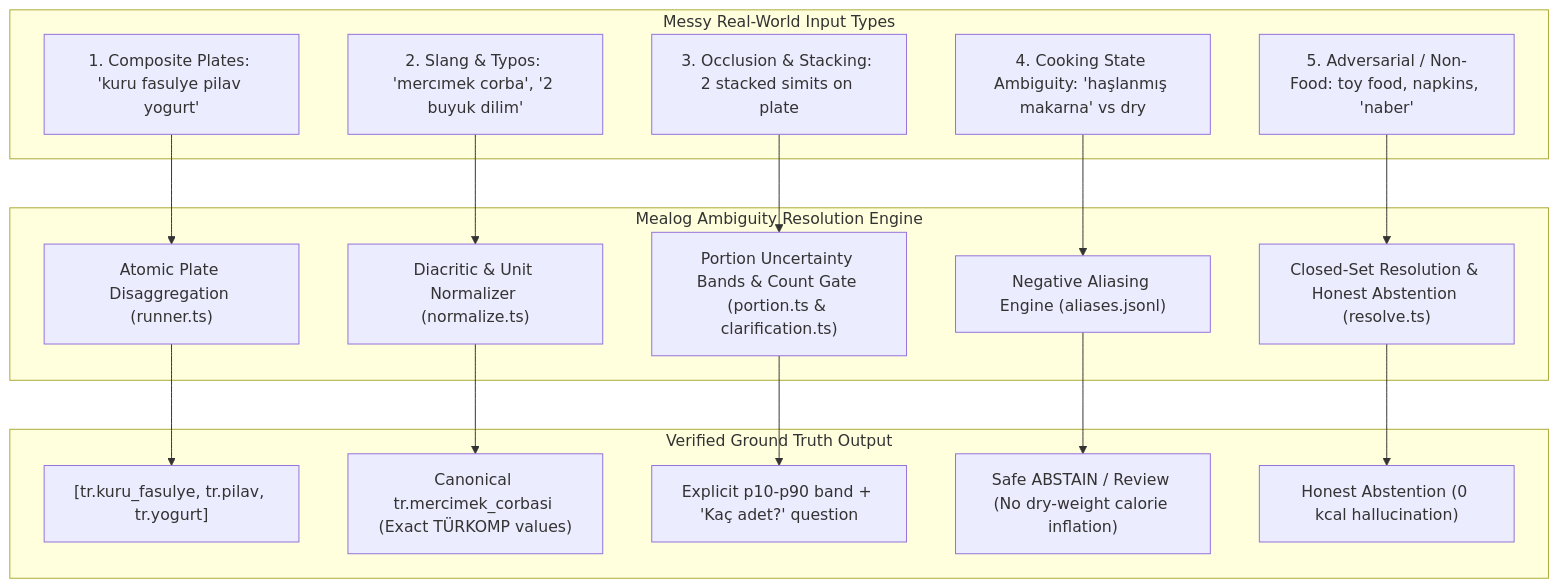
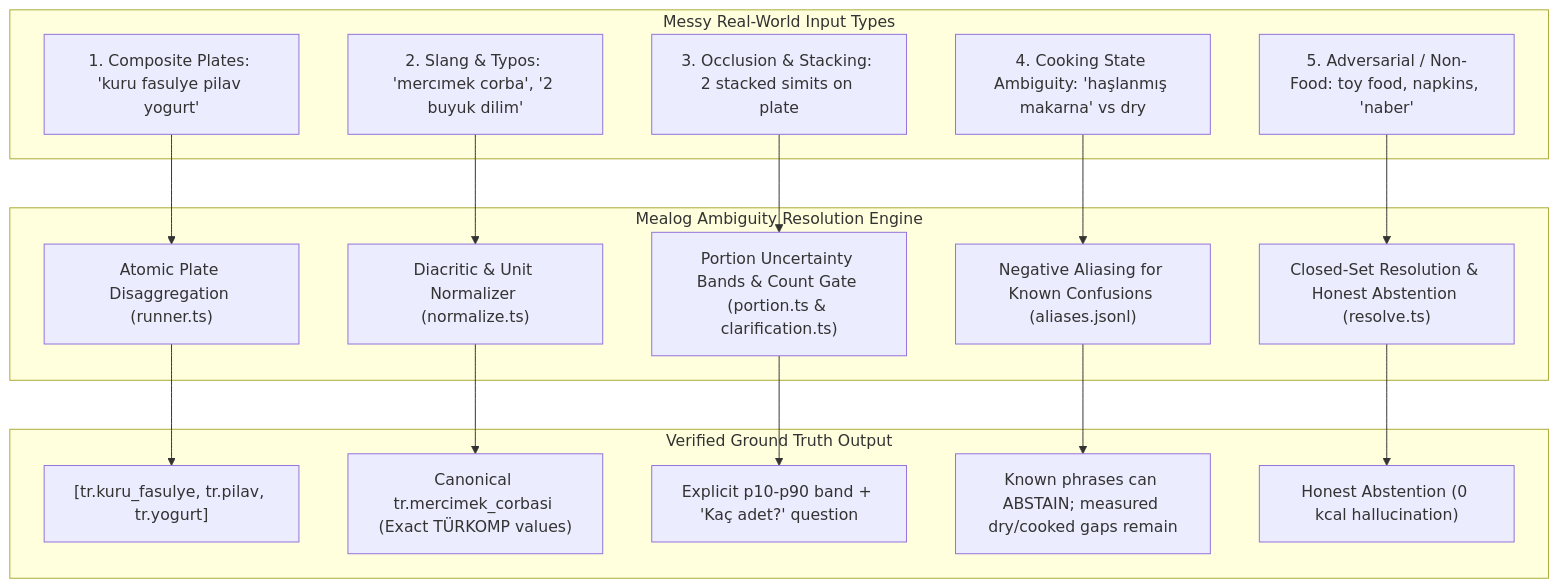
One commit to zexy2/mealog-case-study changed the third of 6 diagrams in docs/architecture.md. Above: the diagram before and after it, drawn with Mermaid. The commit also changed other lines of this file and 26 other files, not shown here.

````diff
--- a/docs/architecture.md
+++ b/docs/architecture.md
@@ -110,32 +113,32 @@
 ```mermaid
 flowchart TD
     subgraph MessyInputs["Messy Real-World Input Types"]
         M1["1. Composite Plates: 'kuru fasulye pilav yogurt'"]
         M2["2. Slang & Typos: 'mercımek corba', '2 buyuk dilim'"]
         M3["3. Occlusion & Stacking: 2 stacked simits on plate"]
         M4["4. Cooking State Ambiguity: 'haşlanmış makarna' vs dry"]
         M5["5. Adversarial / Non-Food: toy food, napkins, 'naber'"]
     end
 
     subgraph DefensePipeline["Mealog Ambiguity Resolution Engine"]
         D1["Atomic Plate Disaggregation (runner.ts)"]
         D2["Diacritic & Unit Normalizer (normalize.ts)"]
         D3["Portion Uncertainty Bands & Count Gate (portion.ts & clarification.ts)"]
-        D4["Negative Aliasing Engine (aliases.jsonl)"]
+        D4["Negative Aliasing for Known Confusions (aliases.jsonl)"]
         D5["Closed-Set Resolution & Honest Abstention (resolve.ts)"]
     end
 
     subgraph GroundTruthOutput["Verified Ground Truth Output"]
         Out1["[tr.kuru_fasulye, tr.pilav, tr.yogurt]"]
         Out2["Canonical tr.mercimek_corbasi (Exact TÜRKOMP values)"]
         Out3["Explicit p10-p90 band + 'Kaç adet?' question"]
-        Out4["Safe ABSTAIN / Review (No dry-weight calorie inflation)"]
+        Out4["Known phrases can ABSTAIN; measured dry/cooked gaps remain"]
         Out5["Honest Abstention (0 kcal hallucination)"]
     end
 
     M1 --> D1 --> Out1
     M2 --> D2 --> Out2
     M3 --> D3 --> Out3
     M4 --> D4 --> Out4
     M5 --> D5 --> Out5
 ```
````
